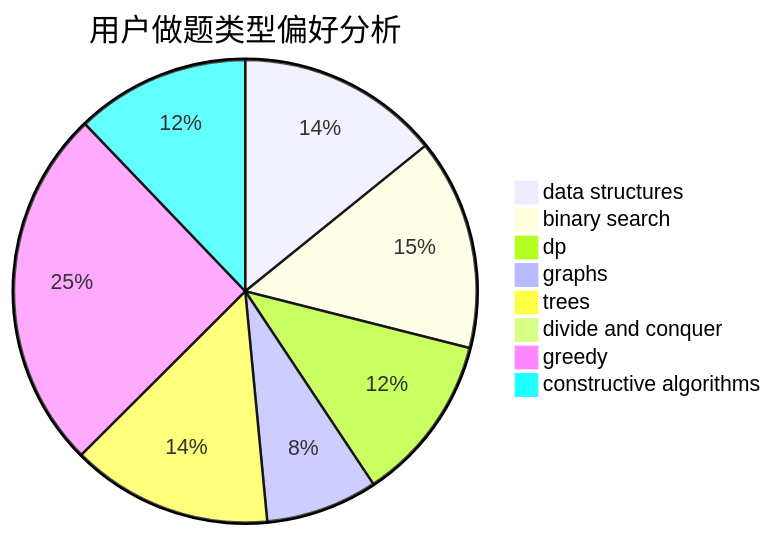
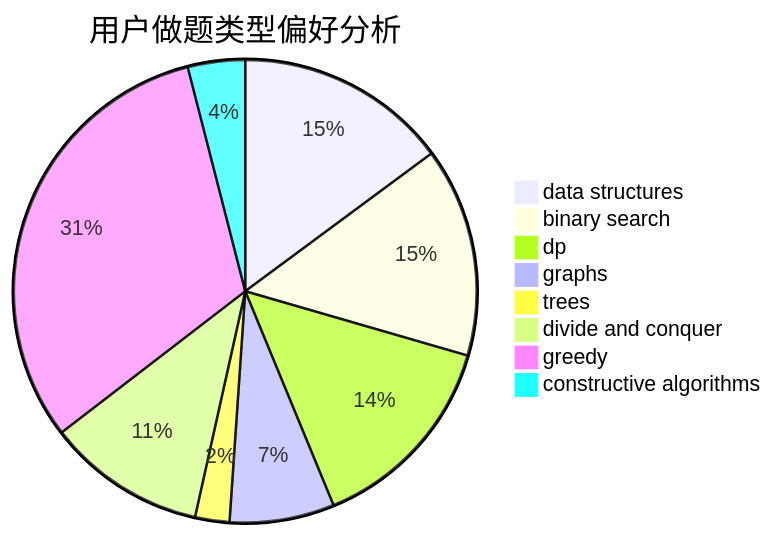
Before and after one commit to sherpahu/cfrs.github.io: the second of 3 diagrams in docs/user/u391.md, drawn with Mermaid. The commit also changed other lines of this file and 2770 other files, not shown here.

````diff
--- a/docs/user/u391.md
+++ b/docs/user/u391.md
@@ -23,11 +23,11 @@
 ```mermaid
 pie title 用户做题类型偏好分析
-    "data structures" :  98
-    "binary search" :  102
-    "dp" :  81
-    "graphs" :  54
-    "trees" :  97
-    "divide and conquer" :  0
-    "greedy" :  175
-    "constructive algorithms" :  84
+    "data structures" :  130
+    "binary search" :  128
+    "dp" :  125
+    "graphs" :  64
+    "trees" :  21
+    "divide and conquer" :  97
+    "greedy" :  275
+    "constructive algorithms" :  35
 ```
````
